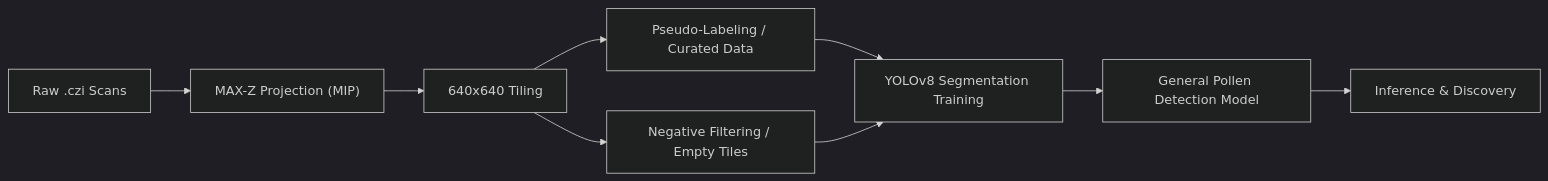
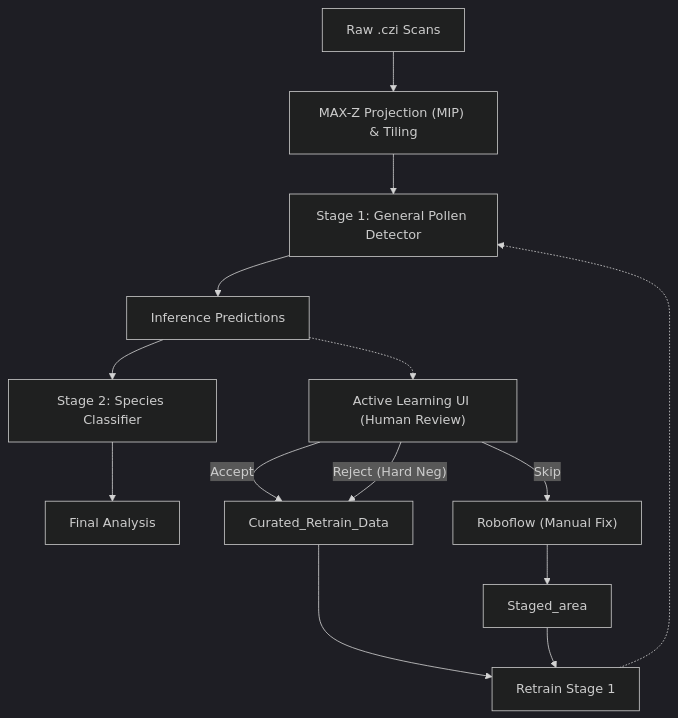
The diagram in index.qmd (jakubstenc/Colorado_pollen_detection), drawn with Mermaid before and after one commit. The commit also changed 4 other files, not shown here.

Commit message:
docs: update pipeline architecture diagram, refactor ingestion directory structure, and document the continuous active learning loop

````diff
--- a/index.qmd
+++ b/index.qmd
@@ -36,12 +36,21 @@
 ```{mermaid}
 %%{init: {'theme': 'dark'}}%%
-graph LR
-  A["Raw .czi Scans"] --> B["MAX-Z Projection (MIP)"]
-  B --> C["640x640 Tiling"]
-  C --> D["Pseudo-Labeling / Curated Data"]
-  C --> E["Negative Filtering / Empty Tiles"]
-  D --> F["YOLOv8 Segmentation Training"]
-  E --> F
-  F --> G["General Pollen Detection Model"]
-  G --> H["Inference & Discovery"]
+graph TD
+  A["Raw .czi Scans"] --> B["MAX-Z Projection (MIP) & Tiling"]
+  B --> C["Stage 1: General Pollen Detector"]
+  C --> D["Inference Predictions"]
+  
+  D --> E["Stage 2: Species Classifier"]
+  E --> F["Final Analysis"]
+  
+  D -.-> G["Active Learning UI (Human Review)"]
+  G -- "Accept" --> H["Curated_Retrain_Data"]
+  G -- "Reject (Hard Neg)" --> H
+  G -- "Skip" --> I["Roboflow (Manual Fix)"]
+  
+  I --> J["Staged_area"]
+  
+  H --> K["Retrain Stage 1"]
+  J --> K
+  K -.-> C
 ```
````
